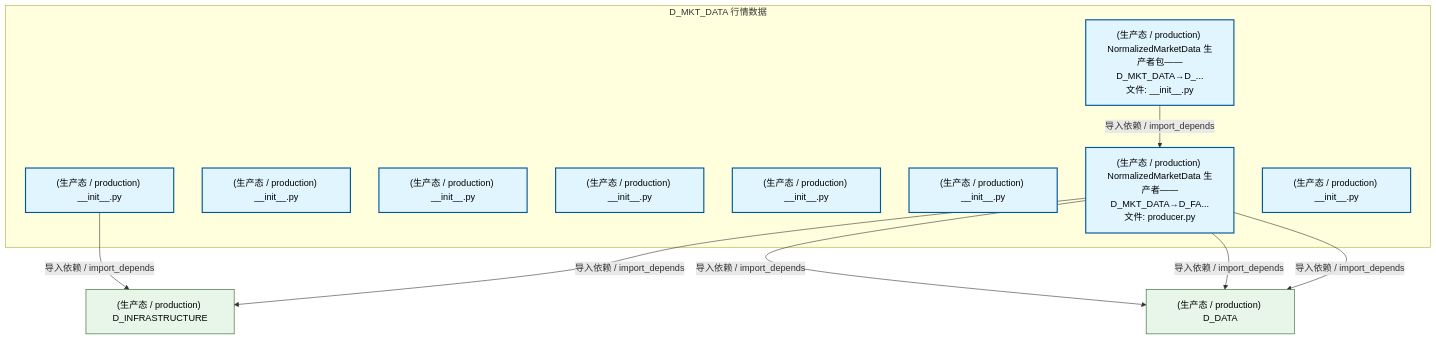
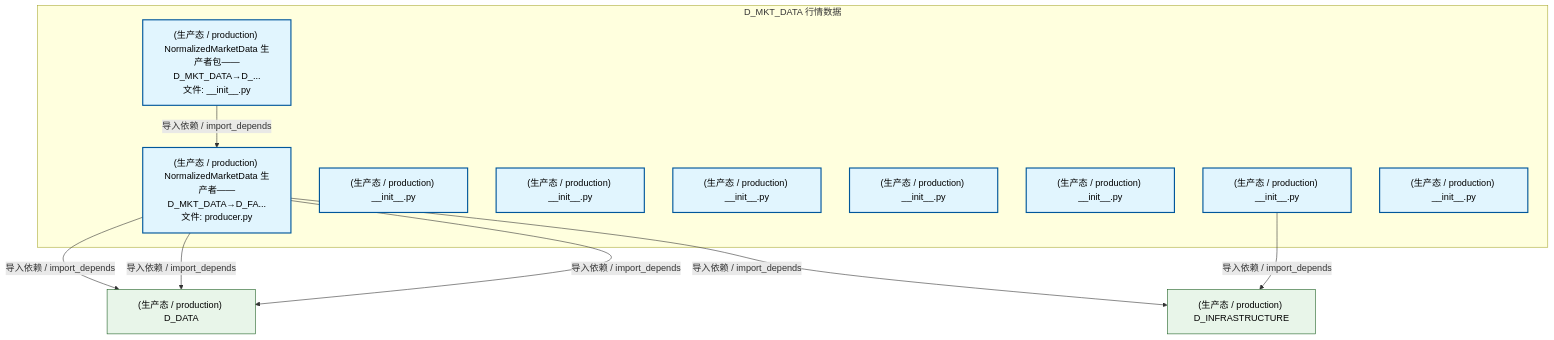
Before and after one commit to xuanFelixVan/ZephyrAlpha: the second of 3 diagrams in docs/02_enterprise_architecture/02_domain_architecture_docs/23_d_mkt_data.md, drawn with Mermaid. The commit also changed other lines of this file and 48 other files, not shown here.

````diff
--- a/docs/02_enterprise_architecture/02_domain_architecture_docs/23_d_mkt_data.md
+++ b/docs/02_enterprise_architecture/02_domain_architecture_docs/23_d_mkt_data.md
@@ -102,28 +102,28 @@
 ```mermaid
 graph TD
     subgraph D_MKT_DATA["D_MKT_DATA 行情数据"]
         src_zephyr_market_data_init_py["(生产态 / production) __init__.py"]
         src_zephyr_market_data_extensions_init_py["(生产态 / production) __init__.py"]
         src_zephyr_market_data_api_init_py["(生产态 / production) __init__.py"]
         src_zephyr_market_data_core_init_py["(生产态 / production) __init__.py"]
         src_zephyr_market_data_infrastructure_init_py["(生产态 / production) __init__.py"]
         src_zephyr_market_data_models_init_py["(生产态 / production) __init__.py"]
         src_zephyr_market_data_normalized_market_data_producer_init_py["(生产态 / production) NormalizedMarketData 生产者包——D_MKT_DATA→D_...<br/>文件: __init__.py"]
         src_zephyr_market_data_normalized_market_data_producer_producer_py["(生产态 / production) NormalizedMarketData 生产者——D_MKT_DATA→D_FA...<br/>文件: producer.py"]
         src_zephyr_market_data_services_init_py["(生产态 / production) __init__.py"]
     end
     src_zephyr_market_data_normalized_market_data_producer_init_py -->|导入依赖 / import_depends| src_zephyr_market_data_normalized_market_data_producer_producer_py
-    D_INFRASTRUCTURE["(生产态 / production) D_INFRASTRUCTURE"]
-    src_zephyr_market_data_init_py -->|导入依赖 / import_depends| D_INFRASTRUCTURE
-    src_zephyr_market_data_normalized_market_data_producer_producer_py -->|导入依赖 / import_depends| D_INFRASTRUCTURE
     D_DATA["(生产态 / production) D_DATA"]
     src_zephyr_market_data_normalized_market_data_producer_producer_py -->|导入依赖 / import_depends| D_DATA
     src_zephyr_market_data_normalized_market_data_producer_producer_py -->|导入依赖 / import_depends| D_DATA
     src_zephyr_market_data_normalized_market_data_producer_producer_py -->|导入依赖 / import_depends| D_DATA
+    D_INFRASTRUCTURE["(生产态 / production) D_INFRASTRUCTURE"]
+    src_zephyr_market_data_normalized_market_data_producer_producer_py -->|导入依赖 / import_depends| D_INFRASTRUCTURE
+    src_zephyr_market_data_init_py -->|导入依赖 / import_depends| D_INFRASTRUCTURE
     classDef production fill:#e1f5fe,stroke:#01579b,stroke-width:2px,color:#000
     classDef design fill:#fff3e0,stroke:#e65100,stroke-width:2px,color:#000,stroke-dasharray: 5 5
     classDef external_prod fill:#e8f5e9,stroke:#1b5e20,stroke-width:1px,color:#000
     classDef external_design fill:#fce4ec,stroke:#880e4f,stroke-width:1px,color:#000,stroke-dasharray: 5 5
     class src_zephyr_market_data_init_py,src_zephyr_market_data_extensions_init_py,src_zephyr_market_data_api_init_py,src_zephyr_market_data_core_init_py,src_zephyr_market_data_infrastructure_init_py,src_zephyr_market_data_models_init_py,src_zephyr_market_data_normalized_market_data_producer_init_py,src_zephyr_market_data_normalized_market_data_producer_producer_py,src_zephyr_market_data_services_init_py production
-    class D_INFRASTRUCTURE,D_DATA external_prod
+    class D_DATA,D_INFRASTRUCTURE external_prod
 ```
````
